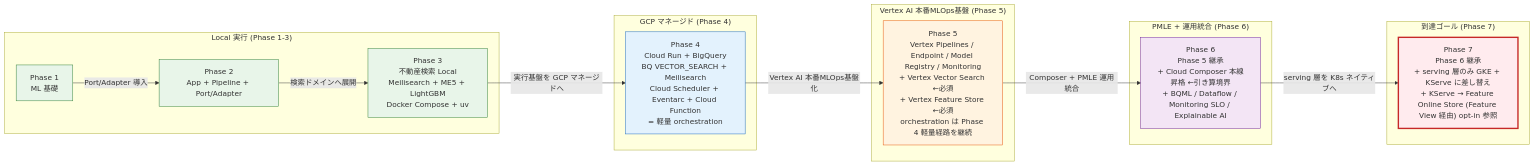
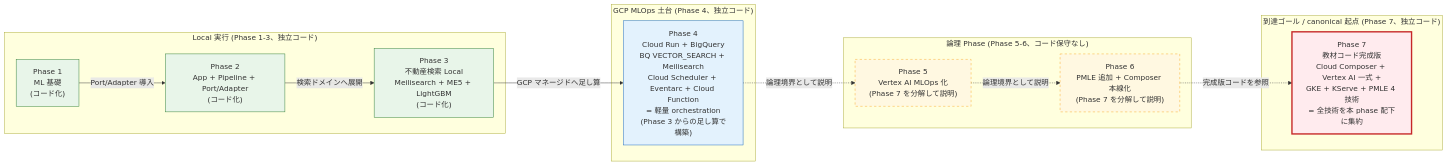
Before and after one commit to kurosawa-kuro/study-gcp-mlops: the first of 2 diagrams in README.md, drawn with Mermaid. The commit also changed other lines of this file and 20 other files, not shown here.

````diff
--- a/README.md
+++ b/README.md
@@ -62,42 +60,37 @@
 ```mermaid
 flowchart LR
-    subgraph LOCAL["Local 実行 (Phase 1-3)"]
-        P1["Phase 1<br/>ML 基礎"]
-        P2["Phase 2<br/>App + Pipeline + Port/Adapter"]
-        P3["Phase 3<br/>不動産検索 Local<br/>Meilisearch + ME5 + LightGBM<br/>Docker Compose + uv"]
+    subgraph LOCAL["Local 実行 (Phase 1-3、独立コード)"]
+        P1["Phase 1<br/>ML 基礎<br/>(コード化)"]
+        P2["Phase 2<br/>App + Pipeline + Port/Adapter<br/>(コード化)"]
+        P3["Phase 3<br/>不動産検索 Local<br/>Meilisearch + ME5 + LightGBM<br/>(コード化)"]
     end
 
-    subgraph GCP_BASE["GCP マネージド (Phase 4)"]
-        P4["Phase 4<br/>Cloud Run + BigQuery<br/>BQ VECTOR_SEARCH + Meilisearch<br/>Cloud Scheduler + Eventarc + Cloud Function<br/>= 軽量 orchestration"]
+    subgraph GCP_BASE["GCP MLOps 土台 (Phase 4、独立コード)"]
+        P4["Phase 4<br/>Cloud Run + BigQuery<br/>BQ VECTOR_SEARCH + Meilisearch<br/>Cloud Scheduler + Eventarc + Cloud Function<br/>= 軽量 orchestration<br/>(Phase 3 からの足し算で構築)"]
     end
 
-    subgraph VERTEX["Vertex AI 本番MLOps基盤 (Phase 5)"]
-        P5["Phase 5<br/>Vertex Pipelines / Endpoint / Model Registry / Monitoring<br/>+ Vertex Vector Search ←必須<br/>+ Vertex Feature Store ←必須<br/>orchestration は Phase 4 軽量経路を継続"]
+    subgraph LOGICAL["論理 Phase (Phase 5-6、コード保守なし)"]
+        P5["Phase 5<br/>Vertex AI MLOps 化<br/>(Phase 7 を分解して説明)"]
+        P6["Phase 6<br/>PMLE 追加 + Composer 本線化<br/>(Phase 7 を分解して説明)"]
     end
 
-    subgraph PMLE["PMLE + 運用統合 (Phase 6)"]
-        P6["Phase 6<br/>Phase 5 継承<br/>+ Cloud Composer 本線昇格 ←引き算境界<br/>+ BQML / Dataflow / Monitoring SLO / Explainable AI"]
-    end
-
-    subgraph GKE["到達ゴール (Phase 7)"]
-        P7["Phase 7<br/>Phase 6 継承<br/>+ serving 層のみ GKE + KServe に差し替え<br/>+ KServe → Feature Online Store (Feature View 経由) opt-in 参照"]
+    subgraph CANONICAL["到達ゴール / canonical 起点 (Phase 7、独立コード)"]
+        P7["Phase 7<br/>教材コード完成版<br/>Cloud Composer + Vertex AI 一式 +<br/>GKE + KServe + PMLE 4 技術<br/>= 全技術を本 phase 配下に集約"]
     end
 
     P1 -->|Port/Adapter 導入| P2
     P2 -->|検索ドメインへ展開| P3
-    P3 -->|実行基盤を GCP マネージドへ| P4
-    P4 -->|Vertex AI 本番MLOps基盤化| P5
-    P5 -->|Composer + PMLE 運用統合| P6
-    P6 -->|serving 層を K8s ネイティブへ| P7
+    P3 -->|GCP マネージドへ足し算| P4
+    P4 -.->|論理境界として説明| P5
+    P5 -.->|論理境界として説明| P6
+    P6 -.->|完成版コードを参照| P7
 
     classDef local fill:#e8f5e9,stroke:#2e7d32
     classDef gcp fill:#e3f2fd,stroke:#1565c0
-    classDef vertex fill:#fff3e0,stroke:#e65100
-    classDef pmle fill:#f3e5f5,stroke:#6a1b9a
+    classDef logical fill:#fff8e1,stroke:#f9a825,stroke-dasharray: 5 5
     classDef gke fill:#ffebee,stroke:#c62828,stroke-width:3px
     class P1,P2,P3 local
     class P4 gcp
-    class P5 vertex
-    class P6 pmle
+    class P5,P6 logical
     class P7 gke
 ```
````
